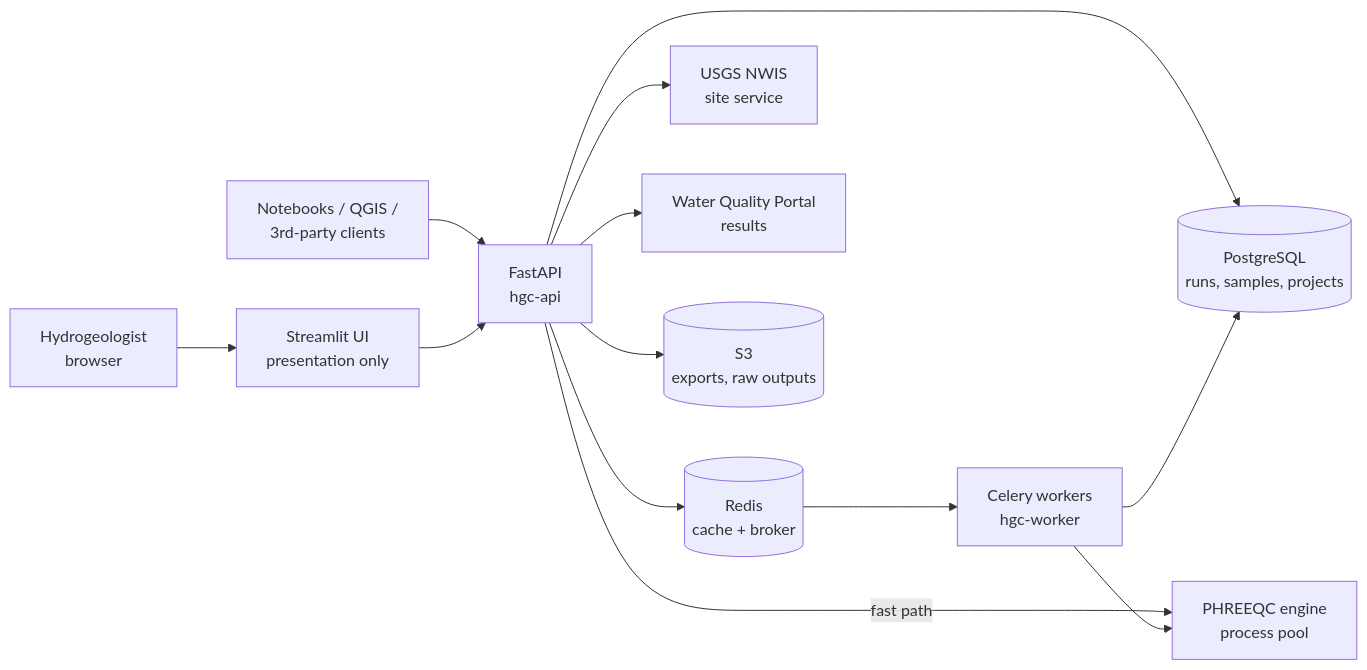
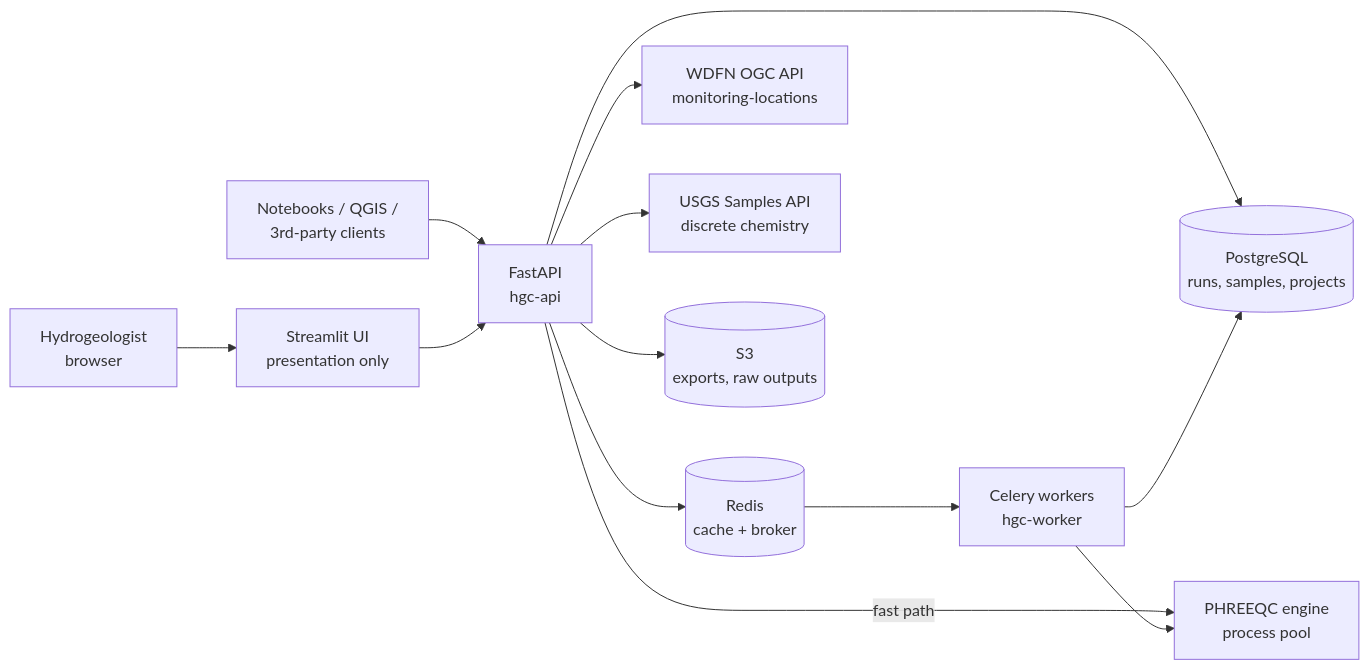
The first of 5 diagrams in docs/ARCHITECTURE.md (Wallostonite/hydrogeochem), drawn with Mermaid before and after one commit. The commit also changed other lines of this file and 13 other files, not shown here.

First line of the commit message:
feat: migrate to USGS Water Data for the Nation (WDFN); retire NWIS site service + WQP

````diff
--- a/docs/ARCHITECTURE.md
+++ b/docs/ARCHITECTURE.md
@@ -68,15 +68,15 @@
 ```mermaid
 flowchart LR
     U[Hydrogeologist<br/>browser] --> UI[Streamlit UI<br/>presentation only]
     API_C[Notebooks / QGIS /<br/>3rd-party clients] --> API
     UI --> API[FastAPI<br/>hgc-api]
     API --> PG[(PostgreSQL<br/>runs, samples, projects)]
     API --> RD[(Redis<br/>cache + broker)]
     API -->|fast path| ENG[PHREEQC engine<br/>process pool]
     RD --> W[Celery workers<br/>hgc-worker]
     W --> ENG
     W --> PG
-    API --> NWIS[USGS NWIS<br/>site service]
-    API --> WQP[Water Quality Portal<br/>results]
+    API --> OGC[WDFN OGC API<br/>monitoring-locations]
+    API --> SAMP[USGS Samples API<br/>discrete chemistry]
     API --> OBJ[(S3<br/>exports, raw outputs)]
 ```
````
